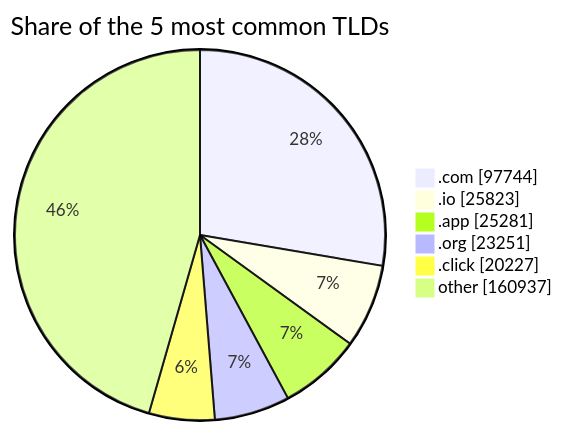
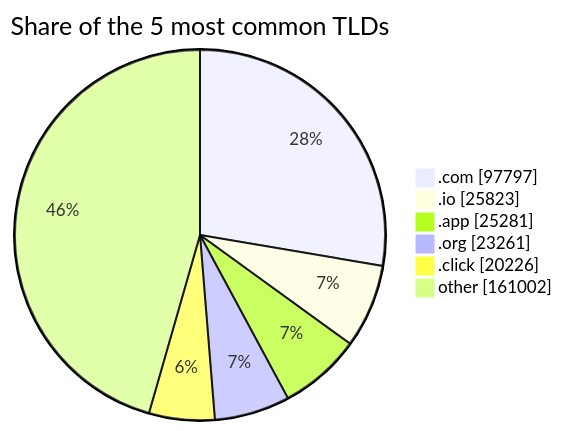
One commit to DNSBunker/CTI changed the third of 3 diagrams in README.md. Above: the diagram before and after it, drawn with Mermaid. The commit also changed other lines of this file and 3 other files, not shown here.

````diff
--- a/README.md
+++ b/README.md
@@ -81,9 +81,9 @@
 ```mermaid
 pie showData title Share of the 5 most common TLDs
-    ".com" : 97744
+    ".com" : 97797
     ".io" : 25823
     ".app" : 25281
-    ".org" : 23251
-    ".click" : 20227
-    "other" : 160937
+    ".org" : 23261
+    ".click" : 20226
+    "other" : 161002
 ```
````
